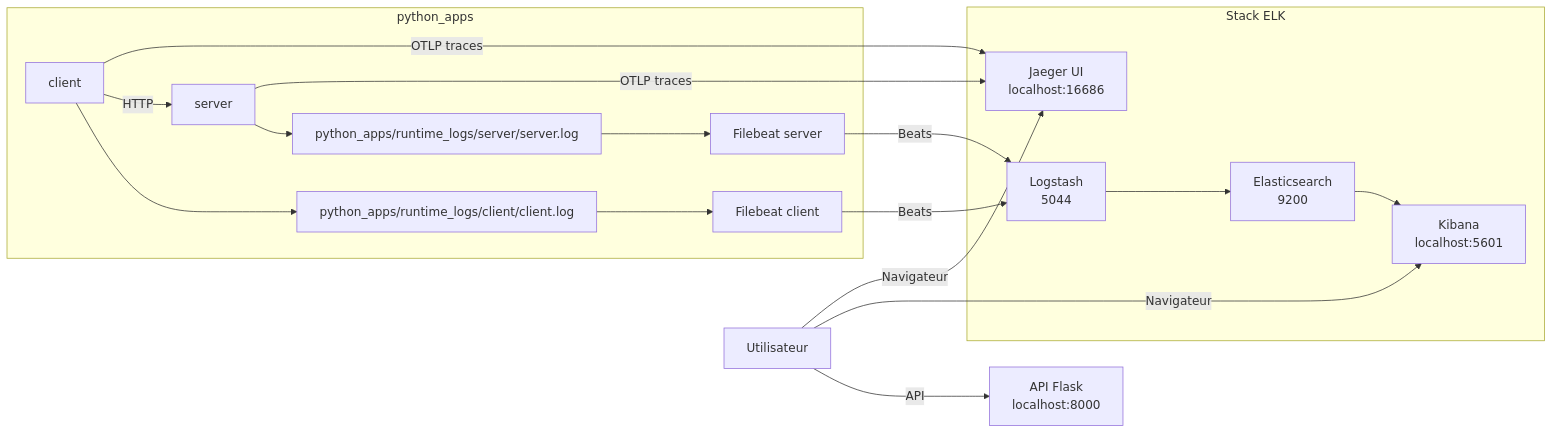
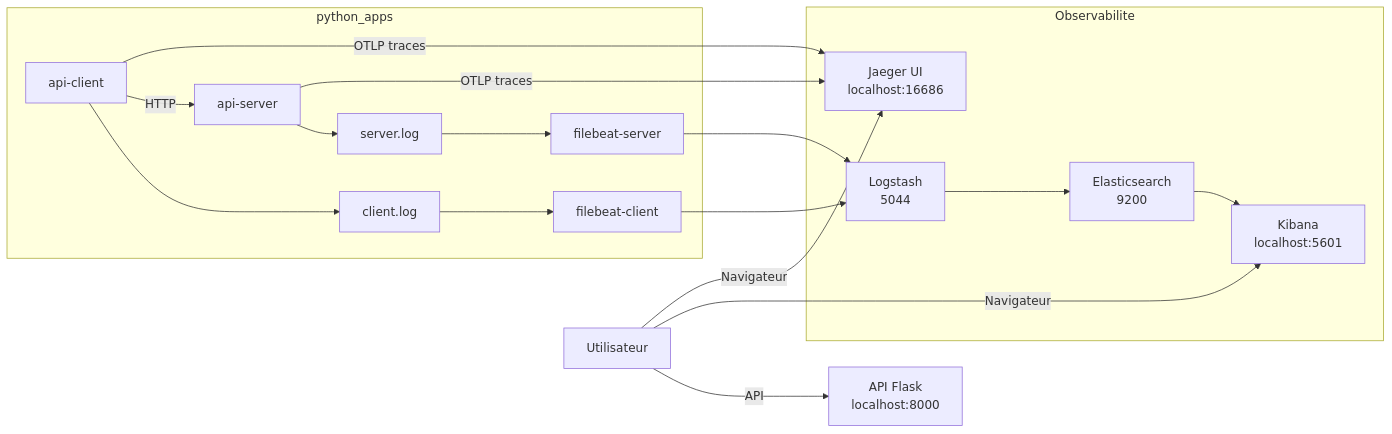
The diagram in README.md (RobinThiriet/ELK), drawn with Mermaid before and after one commit. The commit also changed other lines of this file, not shown here.

````diff
--- a/README.md
+++ b/README.md
@@ -23,35 +27,35 @@
 ```mermaid
 flowchart LR
     U[Utilisateur] -->|API| API[API Flask<br/>localhost:8000]
     U -->|Navigateur| K[Kibana<br/>localhost:5601]
     U -->|Navigateur| J[Jaeger UI<br/>localhost:16686]
 
     subgraph APPS[python_apps]
-        S[server]
-        C[client]
-        SL[python_apps/runtime_logs/server/server.log]
-        CL[python_apps/runtime_logs/client/client.log]
-        FBS[Filebeat server]
-        FBC[Filebeat client]
+        S[api-server]
+        C[api-client]
+        SL[server.log]
+        CL[client.log]
+        FBS[filebeat-server]
+        FBC[filebeat-client]
 
         S --> SL
         C --> CL
         SL --> FBS
         CL --> FBC
     end
 
-    subgraph ELK[Stack ELK]
+    subgraph OBS[Observabilite]
         L[Logstash<br/>5044]
         E[Elasticsearch<br/>9200]
         K
         J
     end
 
     C -->|HTTP| S
+    FBS --> L
+    FBC --> L
+    L --> E
+    E --> K
     C -->|OTLP traces| J
     S -->|OTLP traces| J
-    FBS -->|Beats| L
-    FBC -->|Beats| L
-    L --> E
-    E --> K
 ```
````
